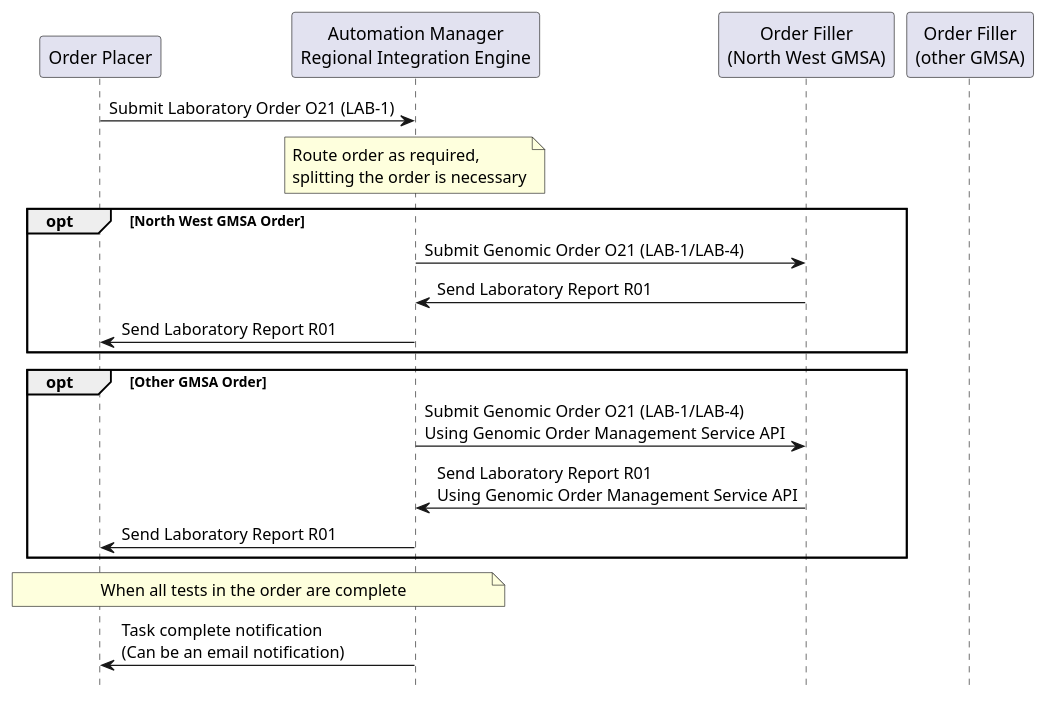
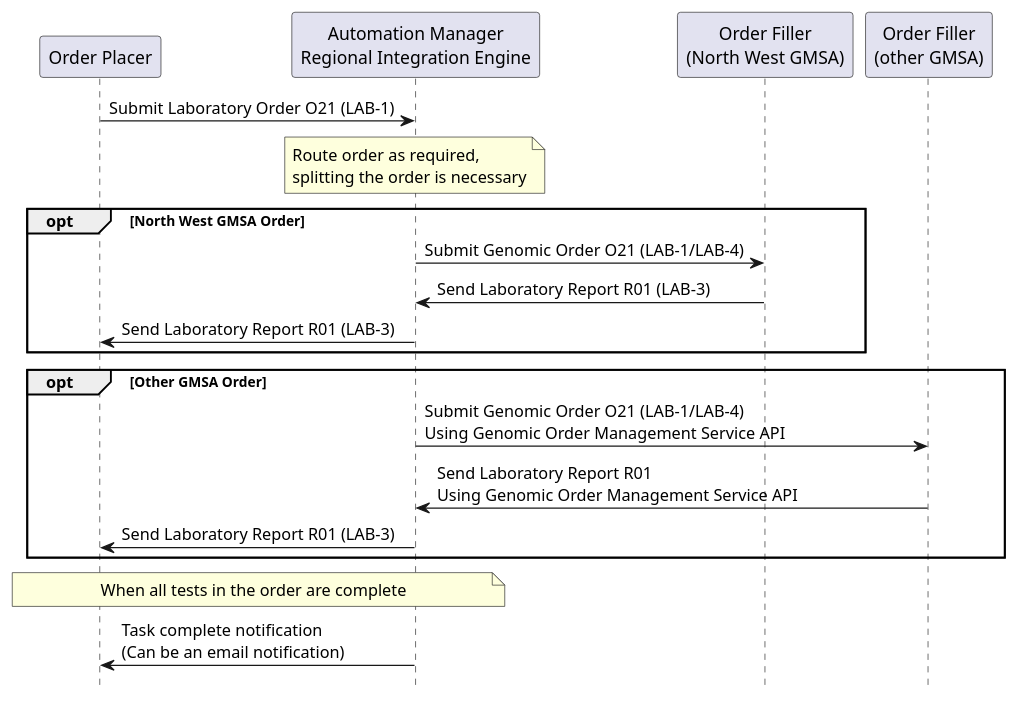
One commit to nw-gmsa/nw-gmsa.github.com changed the diagram in input/images-source/LTW-usecase-4-sequence.plantuml. Above: the diagram before and after it, drawn with PlantUML. The commit also changed 2 other files, not shown here.

```diff
--- a/input/images-source/LTW-usecase-4-sequence.plantuml
+++ b/input/images-source/LTW-usecase-4-sequence.plantuml
@@ -1,34 +1,34 @@
 @startuml
 
 hide footbox
 
 participant "Order Placer" as EPR
 participant "Automation Manager\nRegional Integration Engine" as RIE
 participant "Order Filler\n(North West GMSA)" as LIMSP
 participant "Order Filler\n(other GMSA)" as LIMSG
 
 EPR -> RIE: Submit Laboratory Order O21 (LAB-1)
 
 note over RIE
 Route order as required,
 splitting the order is necessary
 end note
 
 opt North West GMSA Order
 RIE -> LIMSP: Submit Genomic Order O21 (LAB-1/LAB-4)
-LIMSP -> RIE: Send Laboratory Report R01
-RIE -> EPR: Send Laboratory Report R01
+LIMSP -> RIE: Send Laboratory Report R01 (LAB-3)
+RIE -> EPR: Send Laboratory Report R01 (LAB-3)
 end
 
 opt Other GMSA Order
-RIE -> LIMSP: Submit Genomic Order O21 (LAB-1/LAB-4)\nUsing Genomic Order Management Service API
-LIMSP -> RIE: Send Laboratory Report R01\nUsing Genomic Order Management Service API
-RIE -> EPR: Send Laboratory Report R01
+RIE -> LIMSG: Submit Genomic Order O21 (LAB-1/LAB-4)\nUsing Genomic Order Management Service API
+LIMSG -> RIE: Send Laboratory Report R01\nUsing Genomic Order Management Service API
+RIE -> EPR: Send Laboratory Report R01 (LAB-3)
 end
 
 note over EPR, RIE
 When all tests in the order are complete
 end note
 RIE -> EPR: Task complete notification\n(Can be an email notification)
 
 @enduml
```
